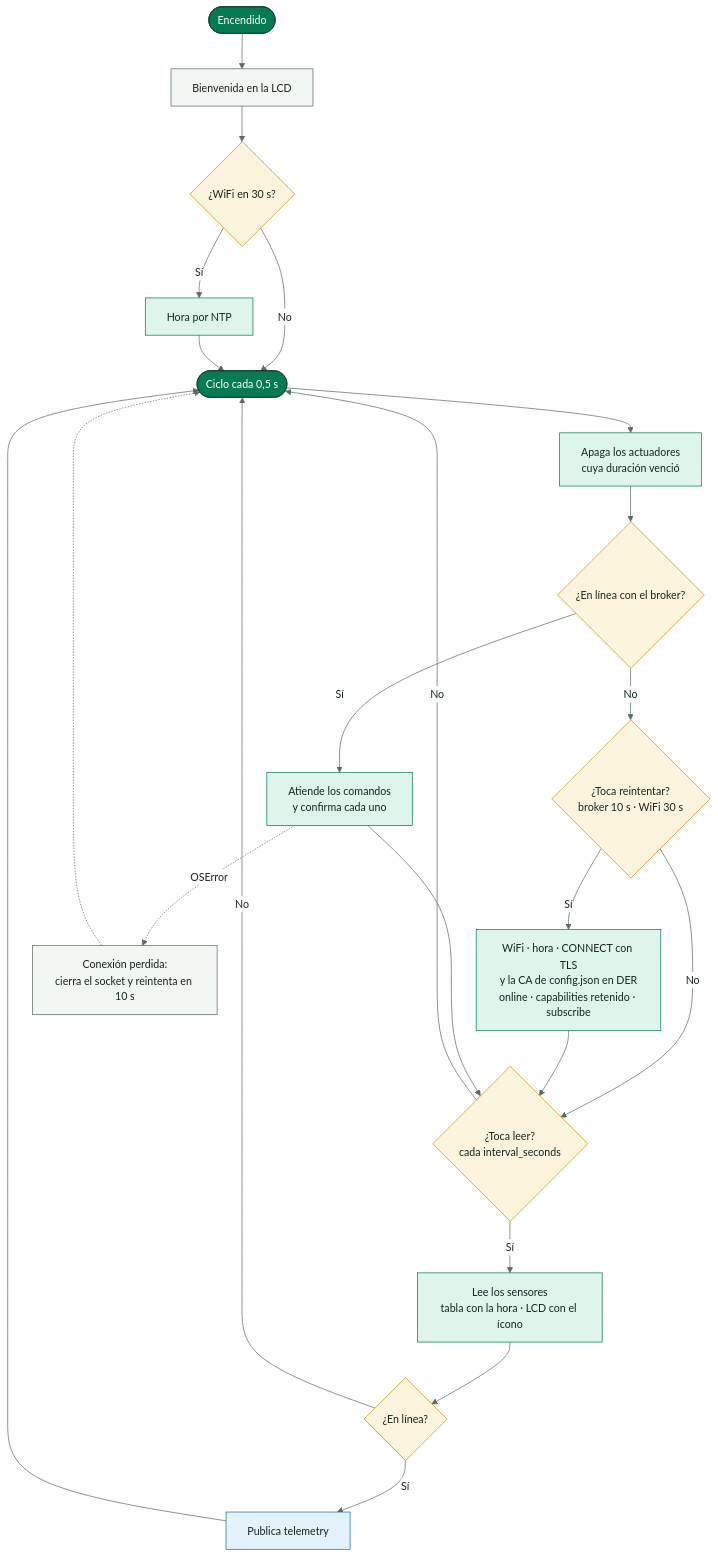
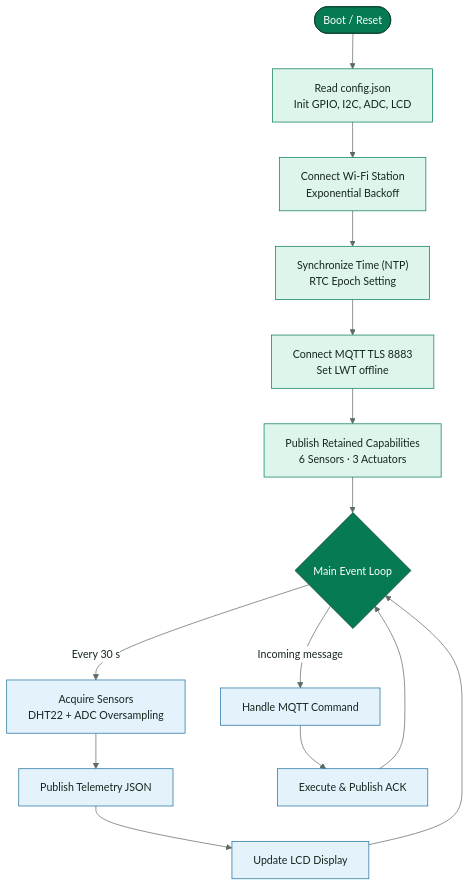
The diagram in docs/diagrams/SmartPot_IoT_01_Main_Loop.mmd (SmartPotTech/SmartPot-IoT-Python), drawn with Mermaid before and after one commit. The commit also changed 12 other files, not shown here.

Commit message:
docs(specs): synchronize 100% english documentation, diagrams, and formal deliverables

```diff
--- a/docs/diagrams/SmartPot_IoT_01_Main_Loop.mmd
+++ b/docs/diagrams/SmartPot_IoT_01_Main_Loop.mmd
@@ -1,33 +1,21 @@
 %%{init: {"theme": "base", "fontFamily": "Segoe UI, Arial, sans-serif", "themeVariables": {"fontFamily": "Segoe UI, Arial, sans-serif", "fontSize": "15px", "primaryColor": "#DDF5EA", "primaryTextColor": "#17261F", "primaryBorderColor": "#067A52", "secondaryColor": "#E3F2FB", "secondaryTextColor": "#17261F", "secondaryBorderColor": "#1F6FA0", "tertiaryColor": "#F2F7F4", "tertiaryTextColor": "#17261F", "tertiaryBorderColor": "#D5E3DC", "lineColor": "#5B6B63", "textColor": "#17261F", "mainBkg": "#DDF5EA", "nodeBorder": "#067A52", "clusterBkg": "#F7FAF8", "clusterBorder": "#D5E3DC", "edgeLabelBackground": "#FFFFFF", "actorBkg": "#067A52", "actorBorder": "#0B3D2B", "actorTextColor": "#FFFFFF", "actorLineColor": "#5B6B63", "signalColor": "#17261F", "signalTextColor": "#17261F", "labelBoxBkgColor": "#0B3D2B", "labelBoxBorderColor": "#0B3D2B", "labelTextColor": "#FFFFFF", "loopTextColor": "#0B3D2B", "noteBkgColor": "#FDF4DD", "noteBorderColor": "#C98D12", "noteTextColor": "#17261F", "activationBkgColor": "#DDF5EA", "activationBorderColor": "#067A52", "attributeBackgroundColorOdd": "#FFFFFF", "attributeBackgroundColorEven": "#F2F7F4"}}}%%
 flowchart TB
-  boot(["Encendido"]) --> welcome["Bienvenida en la LCD"]
-  welcome --> wifi{"¿WiFi en 30 s?"}
-  wifi -->|"Sí"| ntp["Hora por NTP"]
-  wifi -->|"No"| loop
-  ntp --> loop
-  loop(["Ciclo cada 0,5 s"]) --> tick["Apaga los actuadores<br/>cuya duración venció"]
-  tick --> online{"¿En línea con el broker?"}
-  online -->|"Sí"| poll["Atiende los comandos<br/>y confirma cada uno"]
-  online -->|"No"| retry{"¿Toca reintentar?<br/>broker 10 s · WiFi 30 s"}
-  retry -->|"Sí"| connect["WiFi · hora · CONNECT con TLS<br/>y la CA de config.json en DER<br/>online · capabilities retenido · subscribe"]
-  retry -->|"No"| due
-  connect --> due
-  poll --> due{"¿Toca leer?<br/>cada interval_seconds"}
-  due -->|"Sí"| read["Lee los sensores<br/>tabla con la hora · LCD con el ícono"]
-  due -->|"No"| loop
-  read --> publish{"¿En línea?"}
-  publish -->|"Sí"| telemetry["Publica telemetry"] --> loop
-  publish -->|"No"| loop
-  poll -.->|"OSError"| lost["Conexión perdida:<br/>cierra el socket y reintenta en 10 s"] -.-> loop
+  start(["Boot / Reset"]) --> init["Read config.json<br/>Init GPIO, I2C, ADC, LCD"]
+  init --> wifi["Connect Wi-Fi Station<br/>Exponential Backoff"]
+  wifi --> ntp["Synchronize Time (NTP)<br/>RTC Epoch Setting"]
+  ntp --> mqtt["Connect MQTT TLS 8883<br/>Set LWT offline"]
+  mqtt --> caps["Publish Retained Capabilities<br/>6 Sensors · 3 Actuators"]
+  caps --> loop{"Main Event Loop"}
+  loop -->|"Every 30 s"| read["Acquire Sensors<br/>DHT22 + ADC Oversampling"]
+  read --> pub["Publish Telemetry JSON"]
+  pub --> lcd["Update LCD Display"]
+  loop -->|"Incoming message"| msg["Handle MQTT Command"]
+  msg --> ack["Execute & Publish ACK"]
+  ack --> loop
+  lcd --> loop
+  classDef core fill:#067A52,stroke:#0B3D2B,color:#FFFFFF
   classDef leaf fill:#DDF5EA,stroke:#067A52,color:#17261F
   classDef water fill:#E3F2FB,stroke:#1F6FA0,color:#17261F
-  classDef sun fill:#FDF4DD,stroke:#C98D12,color:#17261F
-  classDef clay fill:#FBE9E1,stroke:#B85A38,color:#17261F
-  classDef core fill:#067A52,stroke:#0B3D2B,color:#FFFFFF
-  classDef deep fill:#0B3D2B,stroke:#06281C,color:#FFFFFF
-  classDef muted fill:#F2F7F4,stroke:#5B6B63,color:#17261F
-  class boot,loop core
-  class wifi,online,retry,due,publish sun
-  class welcome,lost muted
-  class ntp,tick,poll,connect,read leaf
-  class telemetry water
+  class start,loop core
+  class init,wifi,ntp,mqtt,caps leaf
+  class read,pub,lcd,msg,ack water
```
